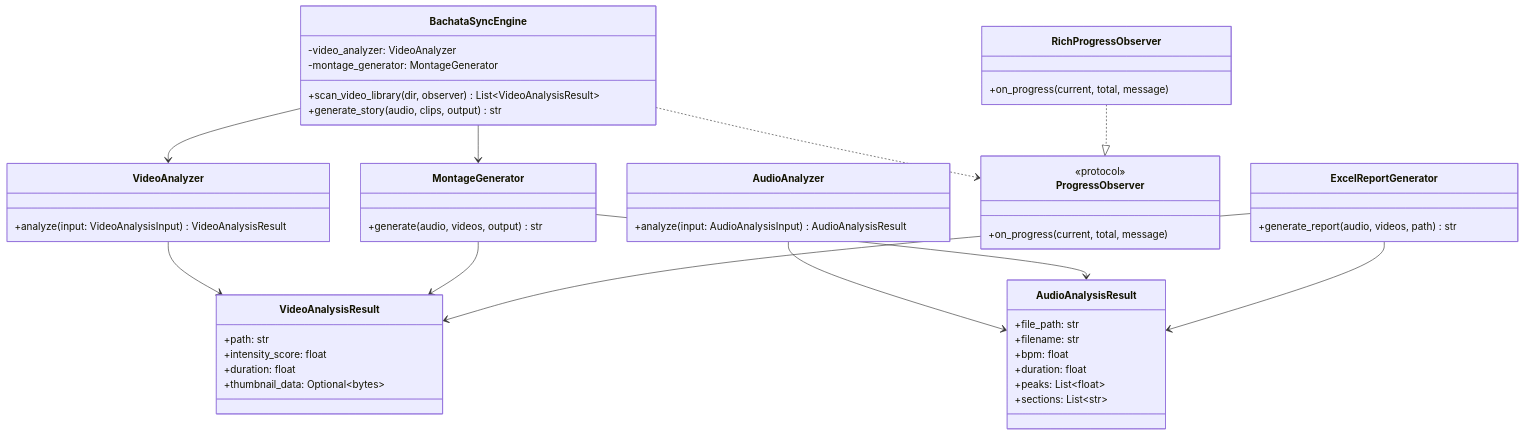
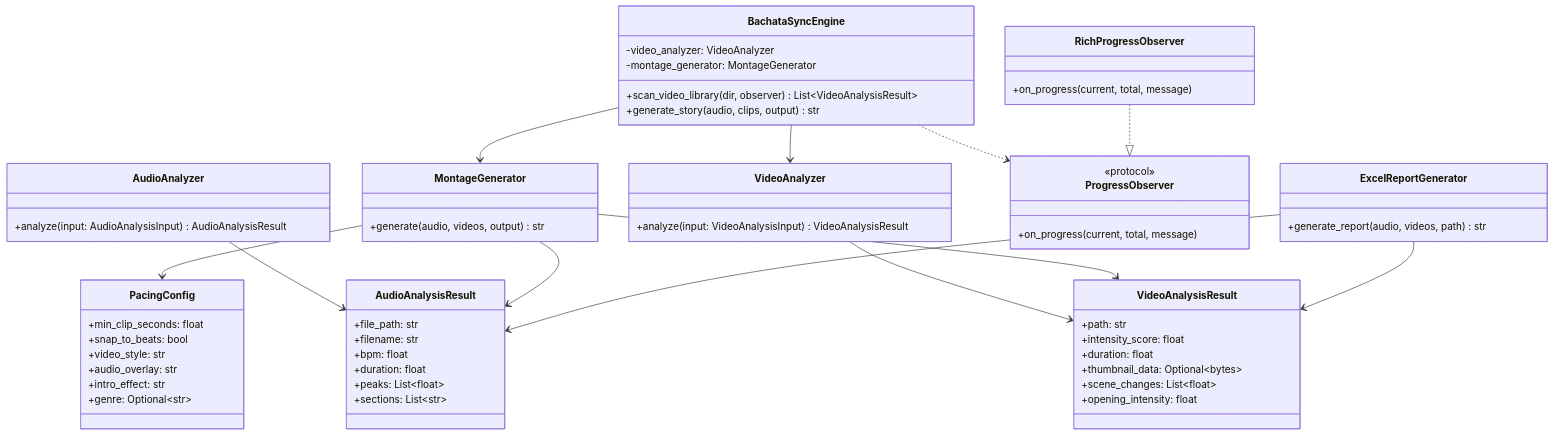
The third of 3 diagrams in docs/architecture.md (julesjewels-ai/bachata-beat-story-sync), drawn with Mermaid before and after one commit. The commit also changed other lines of this file and 4 other files, not shown here.

Commit message:
feat: add genre presets, pacing visual effects, JSON output, and watch mode to documentation and configuration

````diff
--- a/docs/architecture.md
+++ b/docs/architecture.md
@@ -182,61 +193,73 @@
 ```mermaid
 classDiagram
     class BachataSyncEngine {
         -video_analyzer: VideoAnalyzer
         -montage_generator: MontageGenerator
         +scan_video_library(dir, observer) List~VideoAnalysisResult~
         +generate_story(audio, clips, output) str
     }
 
     class AudioAnalyzer {
         +analyze(input: AudioAnalysisInput) AudioAnalysisResult
     }
 
     class VideoAnalyzer {
         +analyze(input: VideoAnalysisInput) VideoAnalysisResult
     }
 
     class MontageGenerator {
         +generate(audio, videos, output) str
     }
 
     class AudioAnalysisResult {
         +file_path: str
         +filename: str
         +bpm: float
         +duration: float
         +peaks: List~float~
         +sections: List~str~
     }
 
     class VideoAnalysisResult {
         +path: str
         +intensity_score: float
         +duration: float
         +thumbnail_data: Optional~bytes~
+        +scene_changes: List~float~
+        +opening_intensity: float
+    }
+
+    class PacingConfig {
+        +min_clip_seconds: float
+        +snap_to_beats: bool
+        +video_style: str
+        +audio_overlay: str
+        +intro_effect: str
+        +genre: Optional~str~
     }
 
     class ProgressObserver {
         <<protocol>>
         +on_progress(current, total, message)
     }
 
     class RichProgressObserver {
         +on_progress(current, total, message)
     }
 
     class ExcelReportGenerator {
         +generate_report(audio, videos, path) str
     }
 
     BachataSyncEngine --> VideoAnalyzer
     BachataSyncEngine --> MontageGenerator
     BachataSyncEngine ..> ProgressObserver
     RichProgressObserver ..|> ProgressObserver
     AudioAnalyzer --> AudioAnalysisResult
     VideoAnalyzer --> VideoAnalysisResult
     MontageGenerator --> AudioAnalysisResult
     MontageGenerator --> VideoAnalysisResult
+    MontageGenerator --> PacingConfig
     ExcelReportGenerator --> AudioAnalysisResult
     ExcelReportGenerator --> VideoAnalysisResult
 ```
````
